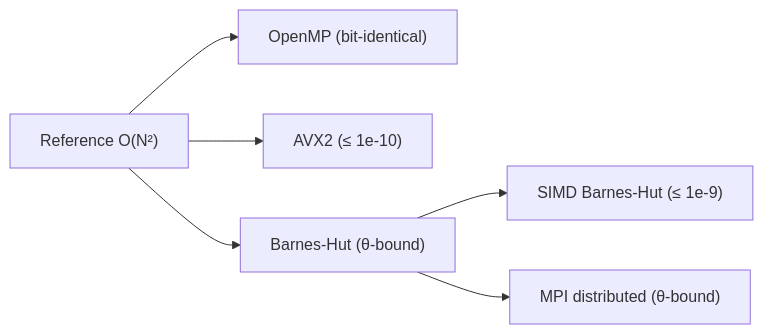
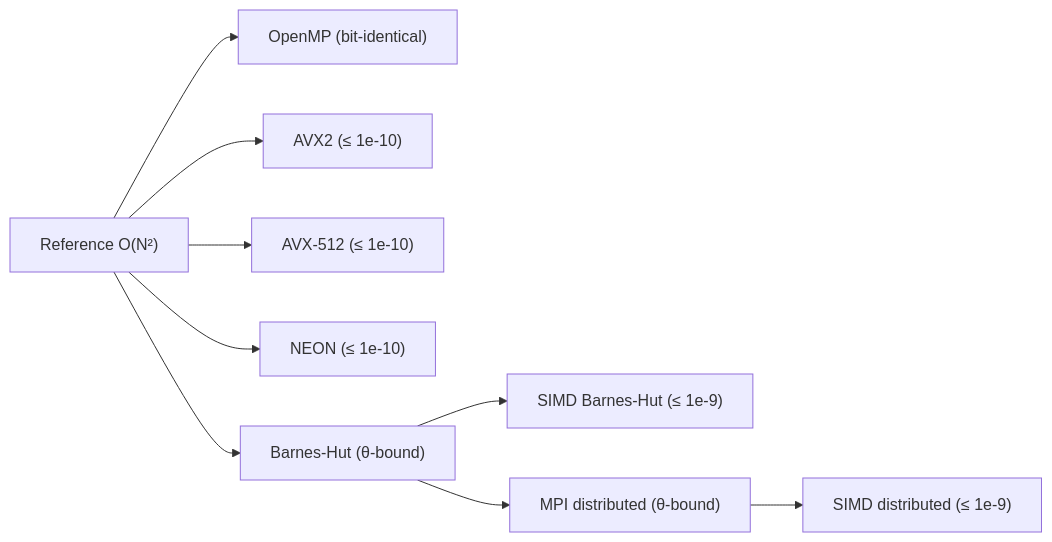
The second of 2 diagrams in docs-site/architecture.md (richie-rich90454/n_body_sim_pro), drawn with Mermaid before and after one commit. The commit also changed other lines of this file, not shown here.

````diff
--- a/docs-site/architecture.md
+++ b/docs-site/architecture.md
@@ -111,8 +111,11 @@
 ```mermaid
 flowchart LR
     REF["Reference O(N²)"] --> OMP["OpenMP (bit-identical)"]
     REF --> AVX2["AVX2 (≤ 1e-10)"]
+    REF --> AVX512["AVX-512 (≤ 1e-10)"]
+    REF --> NEON["NEON (≤ 1e-10)"]
     REF --> BH["Barnes-Hut (θ-bound)"]
     BH --> BHAVX2["SIMD Barnes-Hut (≤ 1e-9)"]
     BH --> DIST["MPI distributed (θ-bound)"]
+    DIST --> DISTSIMD["SIMD distributed (≤ 1e-9)"]
 ```
````
